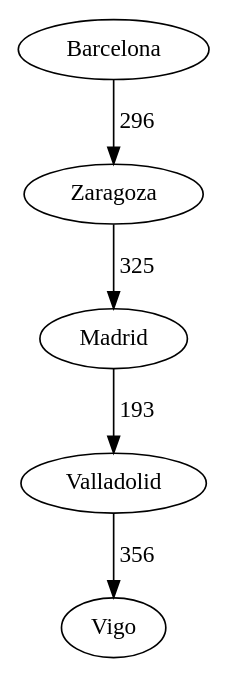
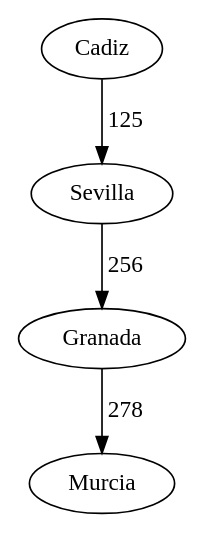
The diagram in RutaN.dot (dani3l8200/EDD_PROYECTO2_201801364_201807100), drawn with Graphviz before and after one commit. The commit also changed 112 other files, not shown here.

```diff
--- a/RutaN.dot
+++ b/RutaN.dot
@@ -1,13 +1,11 @@
 digraph D {
 
-	Barcelona[label="Barcelona"]
-	Zaragoza[label="Zaragoza"]
-	Barcelona -> Zaragoza [label="296"]
-	Madrid[label="Madrid"]
-	Zaragoza -> Madrid [label="325"]
-	Valladolid[label="Valladolid"]
-	Madrid -> Valladolid [label="193"]
-	Vigo[label="Vigo"]
-	Valladolid -> Vigo [label="356"]
+	Cadiz[label="Cadiz"]
+	Sevilla[label="Sevilla"]
+	Cadiz -> Sevilla [label="125"]
+	Granada[label="Granada"]
+	Sevilla -> Granada [label="256"]
+	Murcia[label="Murcia"]
+	Granada -> Murcia [label="278"]
 
 }
```
